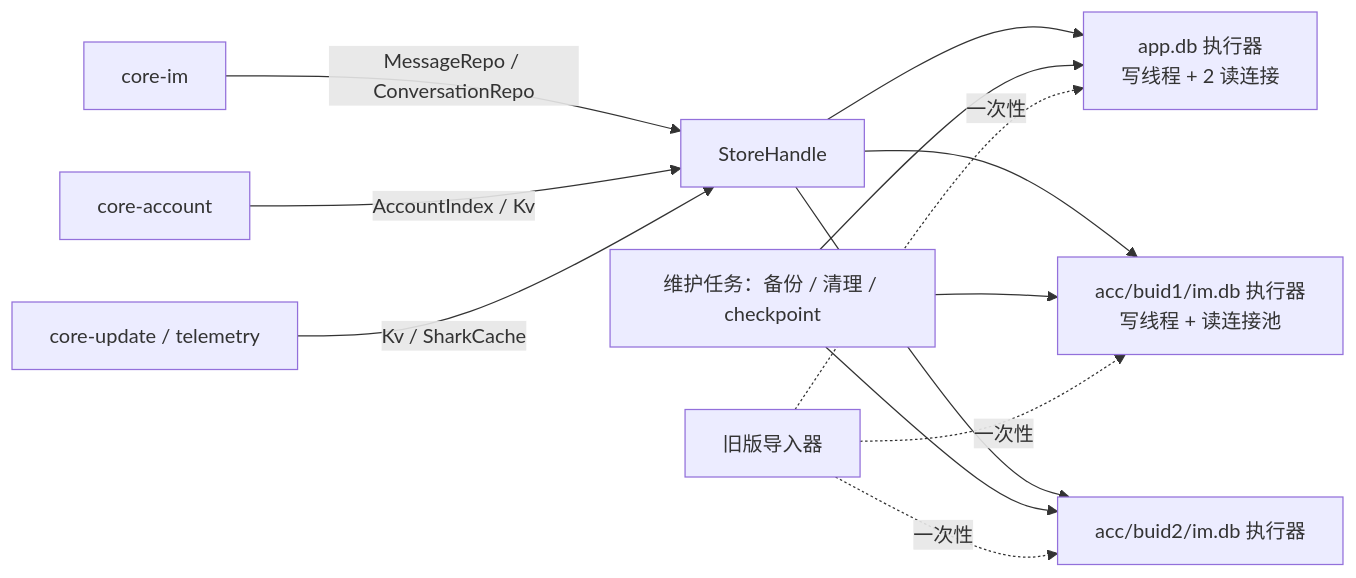
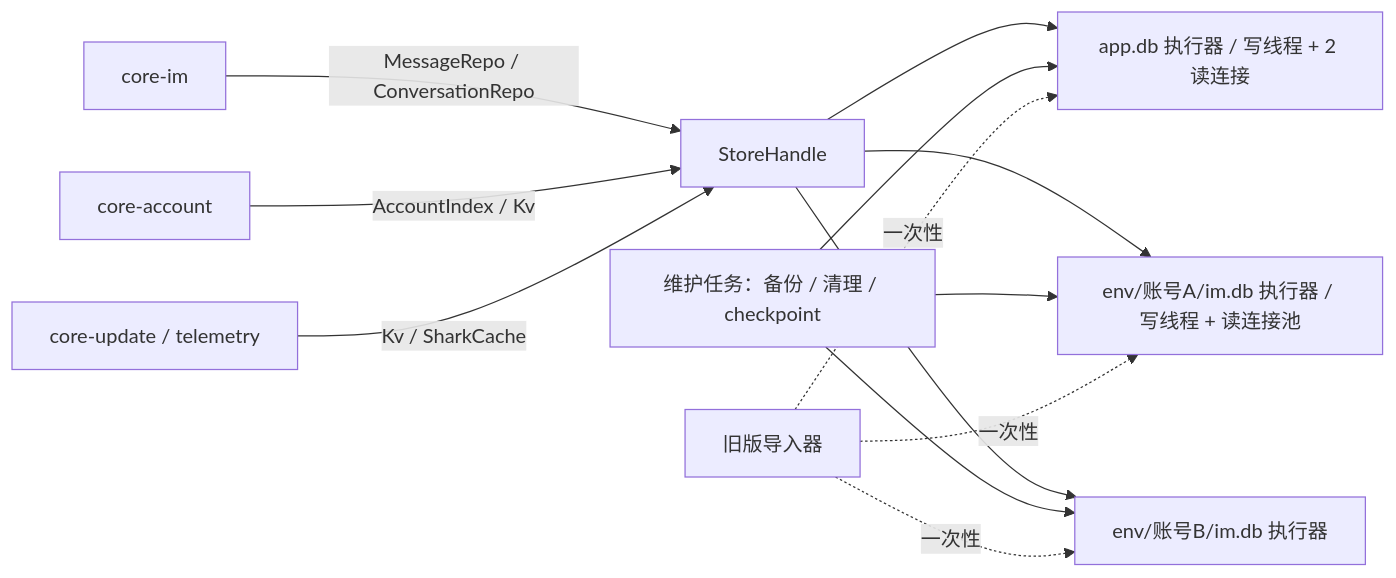
Before and after one commit to meruchan0623/Ctrip-vbk-refact: the diagram in docs/dev/05-store.md, drawn with Mermaid. The commit also changed other lines of this file and 31 other files, not shown here.

First line of the commit message:
Update architecture plans from final review

````diff
--- a/docs/dev/05-store.md
+++ b/docs/dev/05-store.md
@@ -114,11 +114,11 @@
 ```mermaid
 flowchart LR
   IM[core-im] -->|MessageRepo / ConversationRepo| H[StoreHandle]
   ACC[core-account] -->|AccountIndex / Kv| H
   UPD[core-update / telemetry] -->|Kv / SharkCache| H
-  H --> G["app.db 执行器<br/>写线程 + 2 读连接"]
-  H --> A1["acc/buid1/im.db 执行器<br/>写线程 + 读连接池"]
-  H --> A2["acc/buid2/im.db 执行器"]
+  H --> G["app.db 执行器 / 写线程 + 2 读连接"]
+  H --> A1["env/账号A/im.db 执行器 / 写线程 + 读连接池"]
+  H --> A2["env/账号B/im.db 执行器"]
   M["维护任务：备份 / 清理 / checkpoint"] --> A1 & A2 & G
   L["旧版导入器"] -.一次性.-> G & A1 & A2
 ```
````
